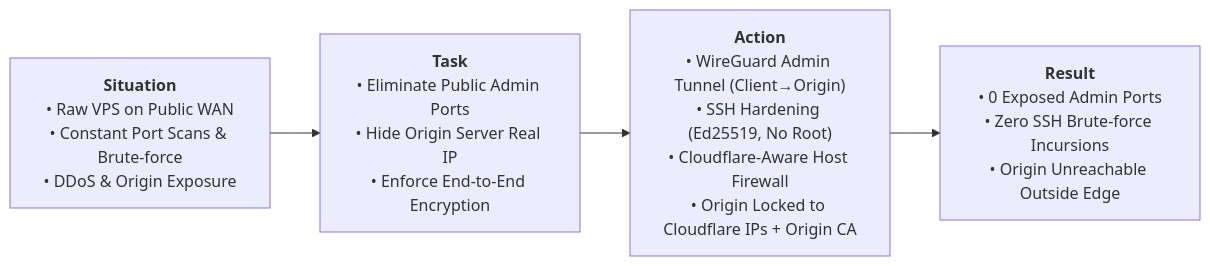
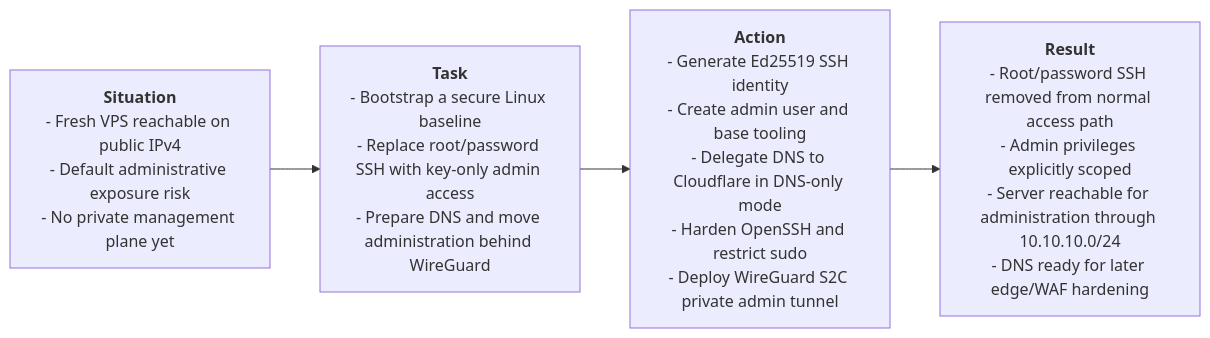
The first of 2 diagrams in cases/case-01-perimeter-and-edge-security.md (gabzaf/zero-trust-vps-platform), drawn with Mermaid before and after one commit. The commit also changed other lines of this file, not shown here.

````diff
--- a/cases/case-01-perimeter-and-edge-security.md
+++ b/cases/case-01-perimeter-and-edge-security.md
@@ -11,9 +41,9 @@
 ```mermaid
 flowchart LR
-    S["<b>Situation</b><br/>• Raw VPS on Public WAN<br/>• Constant Port Scans & Brute-force<br/>• DDoS & Origin Exposure"]
-    T["<b>Task</b><br/>• Eliminate Public Admin Ports<br/>• Hide Origin Server Real IP<br/>• Enforce End-to-End Encryption"]
-    A["<b>Action</b><br/>• WireGuard Admin Tunnel (Client→Origin)<br/>• SSH Hardening (Ed25519, No Root)<br/>• Cloudflare-Aware Host Firewall<br/>• Origin Locked to Cloudflare IPs + Origin CA"]
-    R["<b>Result</b><br/>• 0 Exposed Admin Ports<br/>• Zero SSH Brute-force Incursions<br/>• Origin Unreachable Outside Edge"]
+    S["<b>Situation</b><br/>- Fresh VPS reachable on public IPv4<br/>- Default administrative exposure risk<br/>- No private management plane yet"]
+    T["<b>Task</b><br/>- Bootstrap a secure Linux baseline<br/>- Replace root/password SSH with key-only admin access<br/>- Prepare DNS and move administration behind WireGuard"]
+    A["<b>Action</b><br/>- Generate Ed25519 SSH identity<br/>- Create admin user and base tooling<br/>- Delegate DNS to Cloudflare in DNS-only mode<br/>- Harden OpenSSH and restrict sudo<br/>- Deploy WireGuard S2C private admin tunnel"]
+    R["<b>Result</b><br/>- Root/password SSH removed from normal access path<br/>- Admin privileges explicitly scoped<br/>- Server reachable for administration through 10.10.10.0/24<br/>- DNS ready for later edge/WAF hardening"]
 
     S --> T --> A --> R
 ```
````
